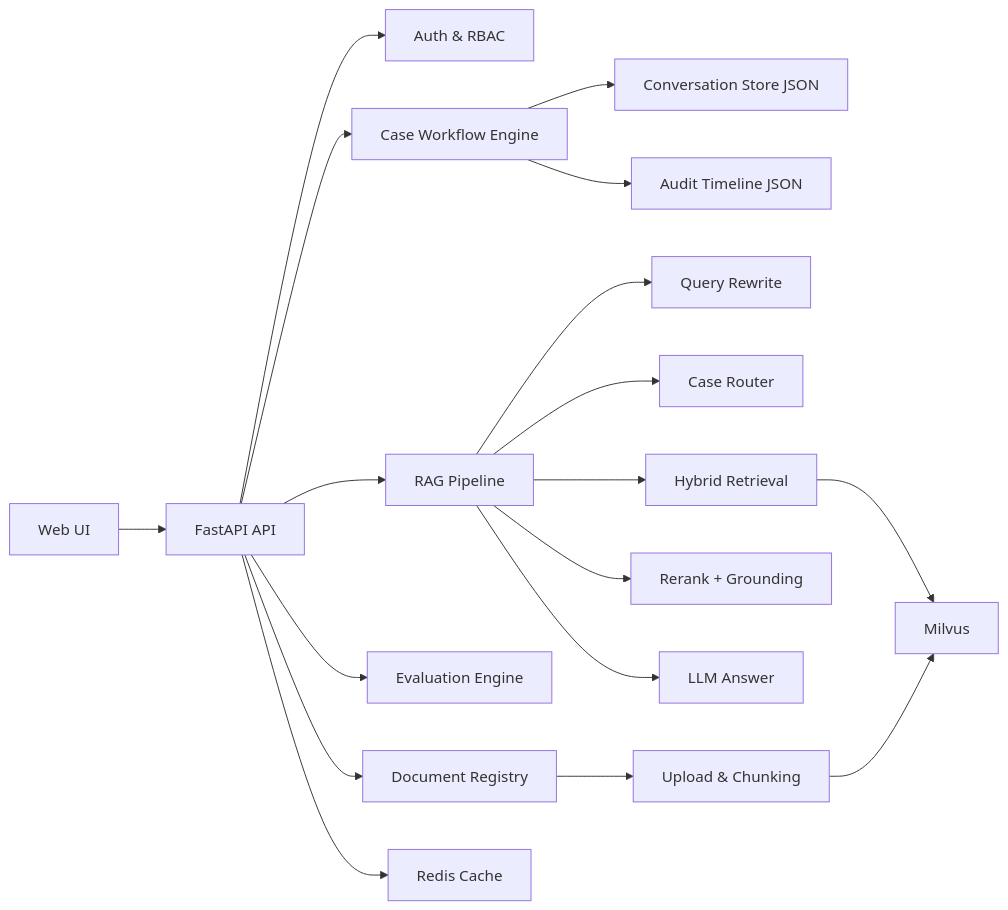
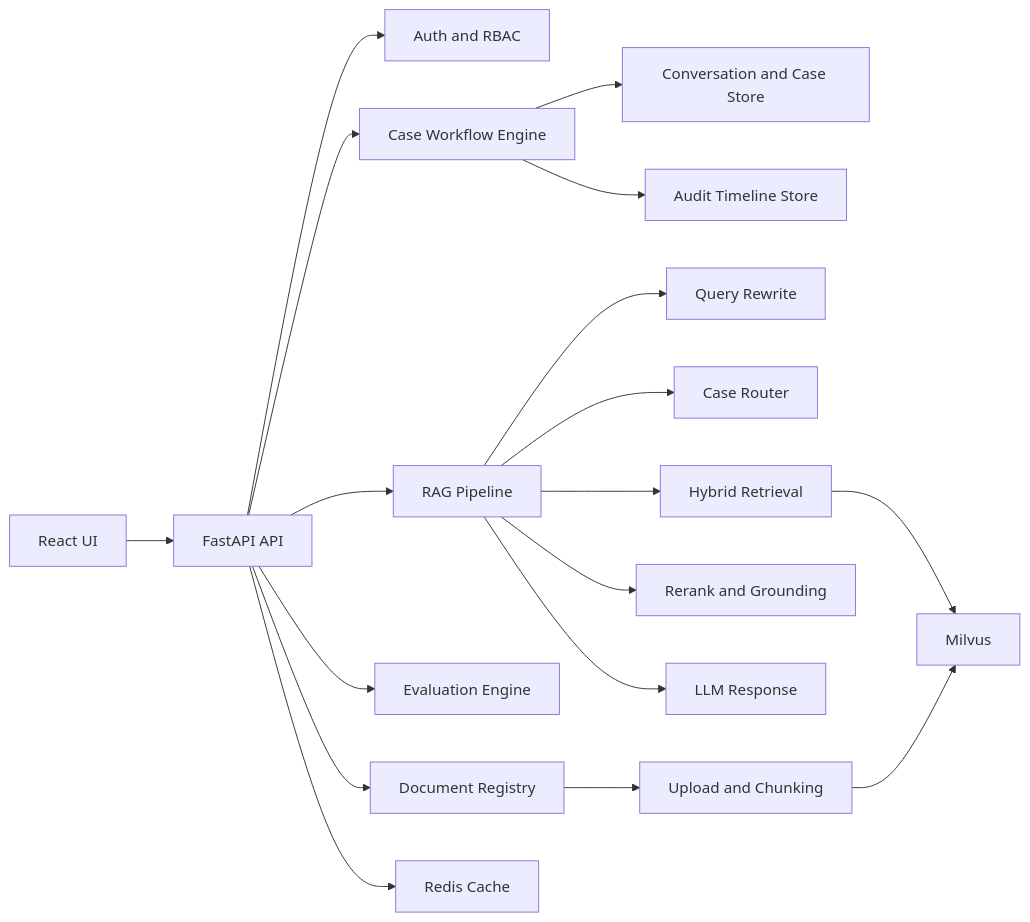
Before and after one commit to Koala-la-la/AI-RAG-System: the diagram in README.md, drawn with Mermaid. The commit also changed other lines of this file, not shown here.

Commit message:
docs: rewrite README in English GitHub style

````diff
--- a/README.md
+++ b/README.md
@@ -73,25 +107,25 @@
 ```mermaid
 flowchart LR
-    A[Web UI] --> B[FastAPI API]
+    UI[React UI] --> API[FastAPI API]
 
-    B --> C[Auth & RBAC]
-    B --> D[Case Workflow Engine]
-    B --> E[RAG Pipeline]
-    B --> F[Evaluation Engine]
+    API --> AUTH[Auth and RBAC]
+    API --> WF[Case Workflow Engine]
+    API --> RAG[RAG Pipeline]
+    API --> EVAL[Evaluation Engine]
 
-    D --> G[Conversation Store JSON]
-    D --> H[Audit Timeline JSON]
+    WF --> STORE[Conversation and Case Store]
+    WF --> AUDIT[Audit Timeline Store]
 
-    E --> I[Query Rewrite]
-    E --> J[Case Router]
-    E --> K[Hybrid Retrieval]
-    K --> L[Milvus]
-    E --> M[Rerank + Grounding]
-    E --> N[LLM Answer]
+    RAG --> REWRITE[Query Rewrite]
+    RAG --> ROUTER[Case Router]
+    RAG --> RETRIEVE[Hybrid Retrieval]
+    RETRIEVE --> MILVUS[Milvus]
+    RAG --> RERANK[Rerank and Grounding]
+    RAG --> LLM[LLM Response]
 
-    B --> O[Document Registry]
-    O --> P[Upload & Chunking]
-    P --> L
+    API --> REG[Document Registry]
+    REG --> INGEST[Upload and Chunking]
+    INGEST --> MILVUS
 
-    B --> Q[Redis Cache]
+    API --> REDIS[Redis Cache]
 ```
````
